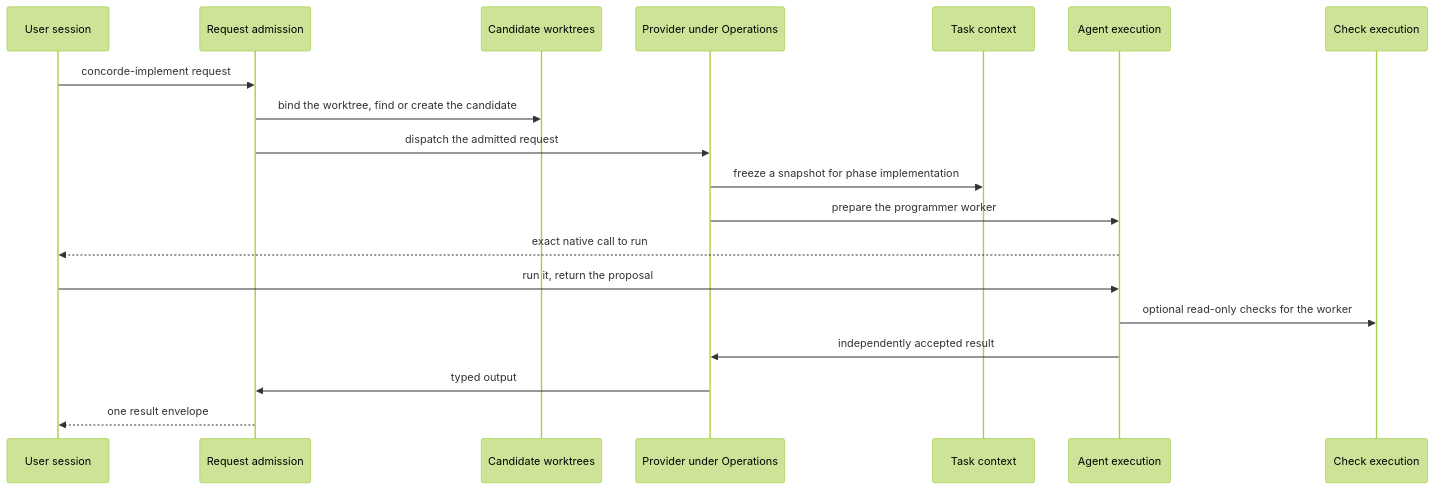
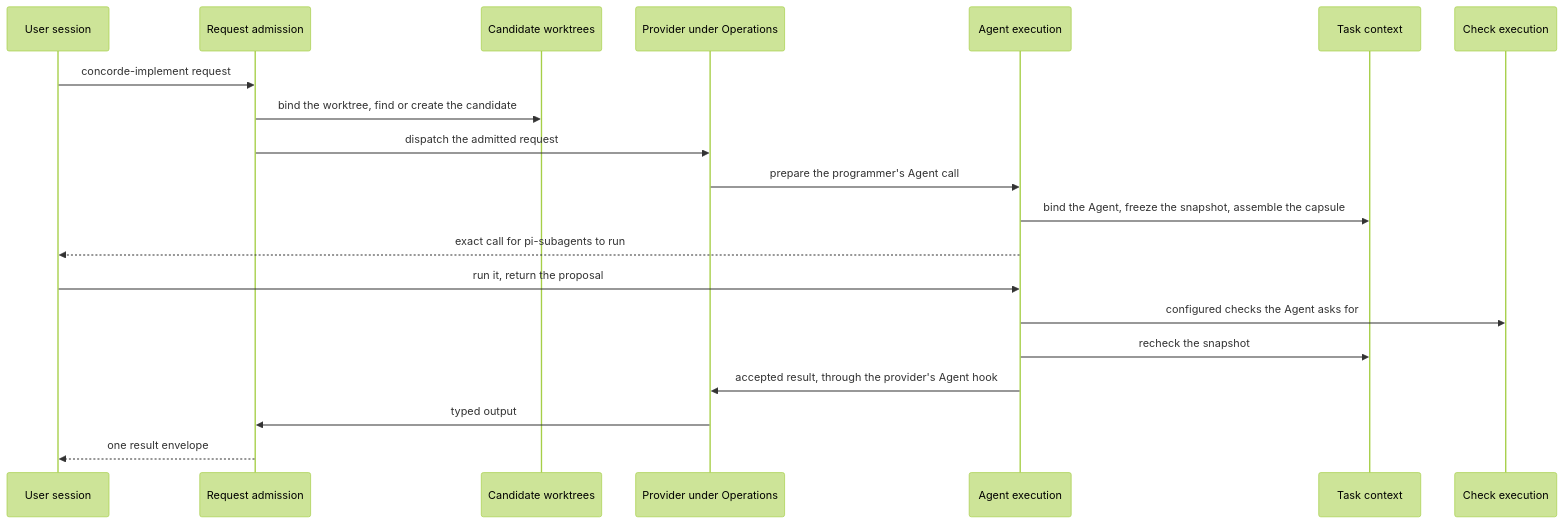
One commit to FTOD/concorde changed the first of 2 diagrams in specs/concorde/harness/module.md. Above: the diagram before and after it, drawn with Mermaid (forest theme). The commit also changed other lines of this file and 213 other files, not shown here.

First line of the commit message:
Rewrite Concorde's Specs for the layered architecture

````diff
--- a/specs/concorde/harness/module.md
+++ b/specs/concorde/harness/module.md
@@ -39,23 +52,24 @@
 ```mermaid illustrative
 sequenceDiagram
-    accTitle: One capability call through the Harness
+    accTitle: One capability request through the Harness
     accDescr: Conceptual flow of an implement request from the user session through admission, the provider, context, execution and checks.
     participant U as User session
     participant A as Request admission
     participant W as Candidate worktrees
     participant P as Provider under Operations
+    participant E as Agent execution
     participant C as Task context
-    participant E as Agent execution
     participant K as Check execution
     U->>A: concorde-implement request
     A->>W: bind the worktree, find or create the candidate
     A->>P: dispatch the admitted request
-    P->>C: freeze a snapshot for phase implementation
-    P->>E: prepare the programmer worker
-    E-->>U: exact native call to run
+    P->>E: prepare the programmer's Agent call
+    E->>C: bind the Agent, freeze the snapshot, assemble the capsule
+    E-->>U: exact call for pi-subagents to run
     U->>E: run it, return the proposal
-    E->>K: optional read-only checks for the worker
-    E->>P: independently accepted result
+    E->>K: configured checks the Agent asks for
+    E->>C: recheck the snapshot
+    E->>P: accepted result, through the provider's Agent hook
     P->>A: typed output
     A-->>U: one result envelope
 ```
````
